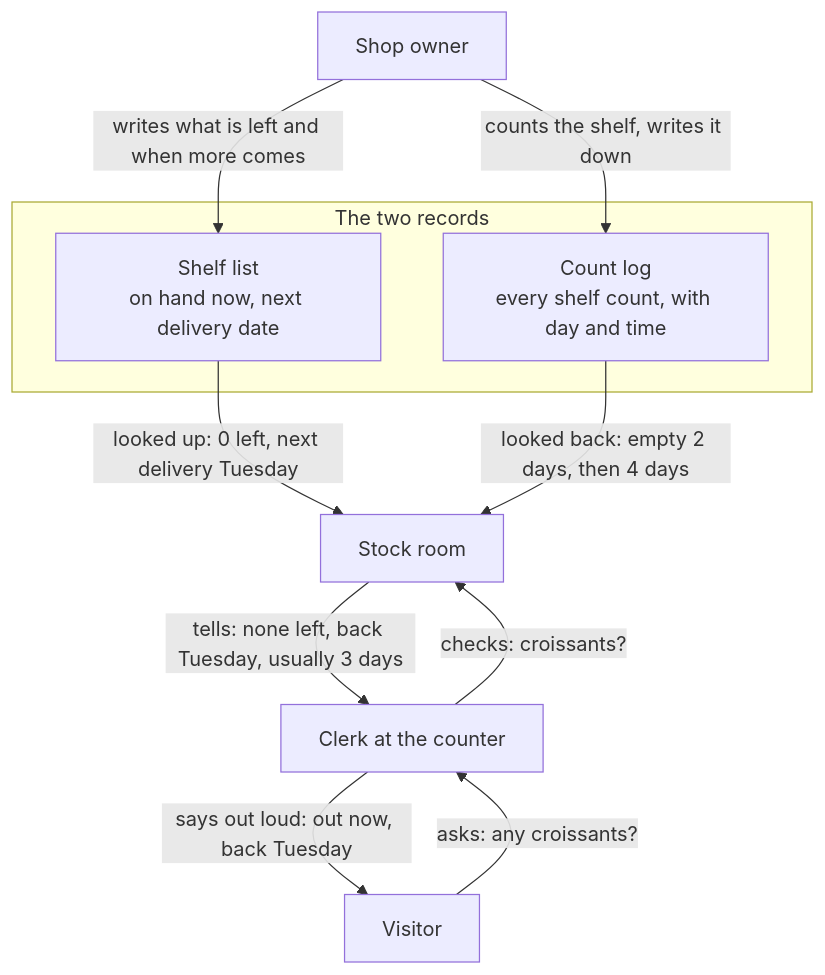
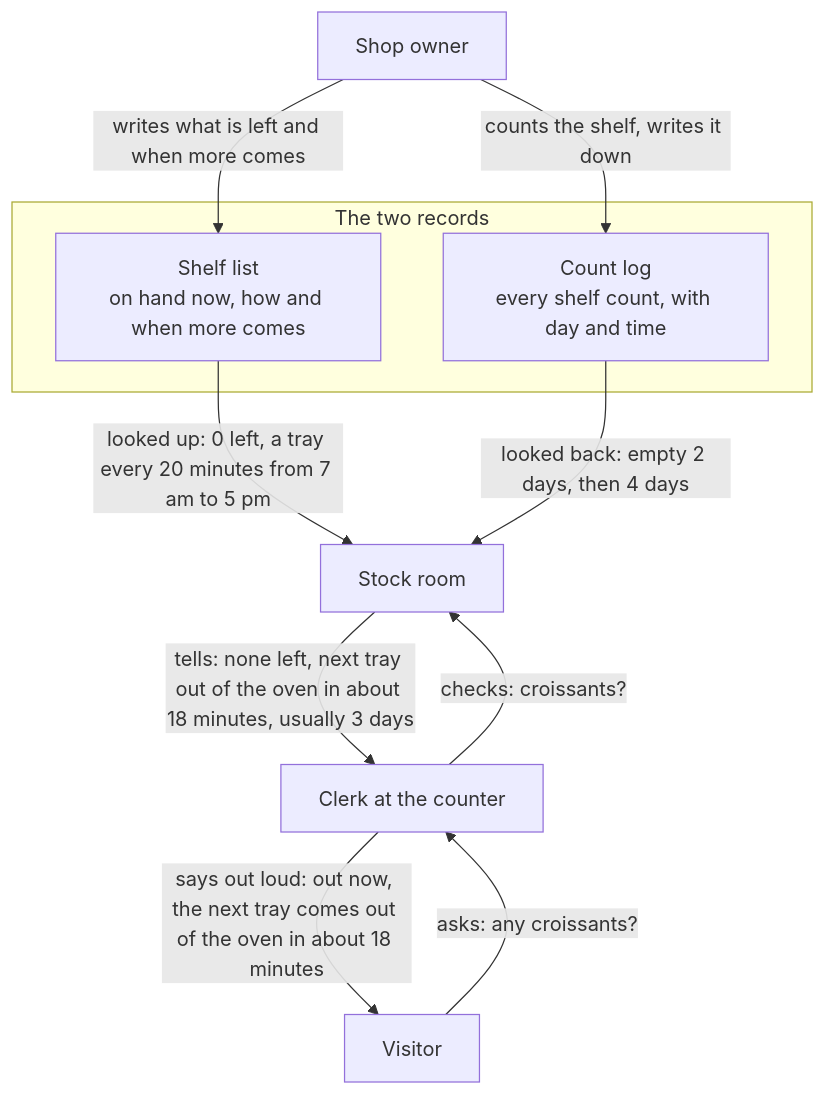
Before and after one commit to SergioB03/Peripie: the first of 2 diagrams in docs/data-model.md, drawn with Mermaid. The commit also changed other lines of this file and 4 other files, not shown here.

First line of the commit message:
docs: the stock room now holds rules and notes; oven times replace Tuesday

````diff
--- a/docs/data-model.md
+++ b/docs/data-model.md
@@ -10,19 +10,19 @@
 ```mermaid
 flowchart TB
     Owner["Shop owner"]
     subgraph s1["The two records"]
-        ShelfList["Shelf list<br/>on hand now, next delivery date"]
+        ShelfList["Shelf list<br/>on hand now, how and when more comes"]
         CountLog["Count log<br/>every shelf count, with day and time"]
     end
     StockRoom["Stock room"]
     Clerk["Clerk at the counter"]
     Visitor["Visitor"]
     Owner -- "writes what is left and when more comes" --> ShelfList
     Owner -- "counts the shelf, writes it down" --> CountLog
-    ShelfList -- "looked up: 0 left, next delivery Tuesday" --> StockRoom
+    ShelfList -- "looked up: 0 left, a tray every 20 minutes from 7 am to 5 pm" --> StockRoom
     CountLog -- "looked back: empty 2 days, then 4 days" --> StockRoom
-    StockRoom -- "tells: none left, back Tuesday, usually 3 days" --> Clerk
-    Clerk -- "says out loud: out now, back Tuesday" --> Visitor
+    StockRoom -- "tells: none left, next tray out of the oven in about 18 minutes, usually 3 days" --> Clerk
+    Clerk -- "says out loud: out now, the next tray comes out of the oven in about 18 minutes" --> Visitor
     Visitor -- "asks: any croissants?" --> Clerk
     Clerk -- "checks: croissants?" --> StockRoom
 ```
````
